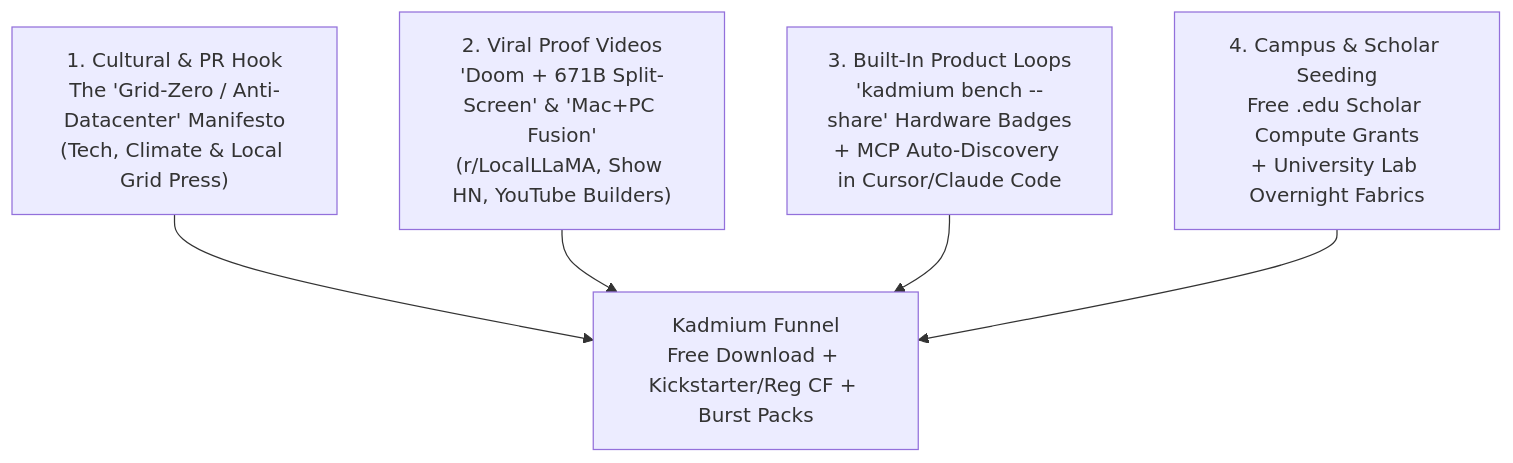
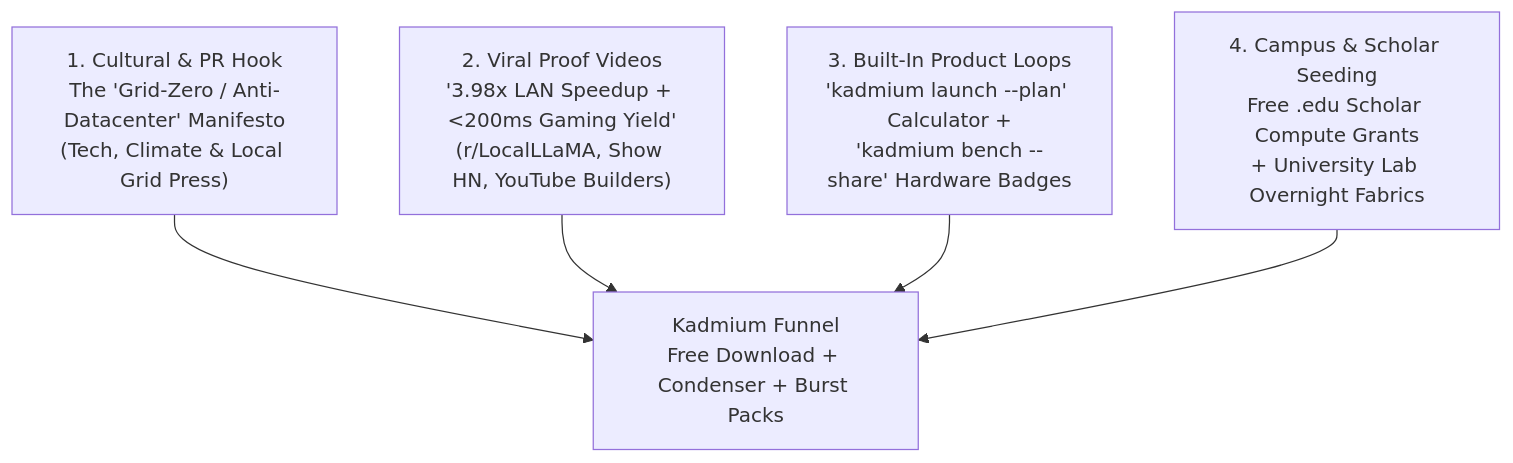
The second of 6 diagrams in docs/MARKET_RESEARCH_AND_LAUNCH_PLAN.md (mESmaC/Kadmium), drawn with Mermaid before and after one commit. The commit also changed other lines of this file and 1 other file, not shown here.

Commit message:
docs: upgrade business & launch plans with Q4 2026 distributed compute research and R4 ledger alignment

````diff
--- a/docs/MARKET_RESEARCH_AND_LAUNCH_PLAN.md
+++ b/docs/MARKET_RESEARCH_AND_LAUNCH_PLAN.md
@@ -360,7 +367,7 @@
 ```mermaid
 flowchart TD
-    A["1. Cultural & PR Hook\nThe 'Grid-Zero / Anti-Datacenter' Manifesto\n(Tech, Climate & Local Grid Press)"] --> E["Kadmium Funnel\nFree Download + Kickstarter/Reg CF + Burst Packs"]
-    B["2. Viral Proof Videos\n'Doom + 671B Split-Screen' & 'Mac+PC Fusion'\n(r/LocalLLaMA, Show HN, YouTube Builders)"] --> E
-    C["3. Built-In Product Loops\n'kadmium bench --share' Hardware Badges\n+ MCP Auto-Discovery in Cursor/Claude Code"] --> E
+    A["1. Cultural & PR Hook\nThe 'Grid-Zero / Anti-Datacenter' Manifesto\n(Tech, Climate & Local Grid Press)"] --> E["Kadmium Funnel\nFree Download + Condenser + Burst Packs"]
+    B["2. Viral Proof Videos\n'3.98x LAN Speedup + <200ms Gaming Yield'\n(r/LocalLLaMA, Show HN, YouTube Builders)"] --> E
+    C["3. Built-In Product Loops\n'kadmium launch --plan' Calculator +\n'kadmium bench --share' Hardware Badges"] --> E
     D["4. Campus & Scholar Seeding\nFree .edu Scholar Compute Grants\n+ University Lab Overnight Fabrics"] --> E
 ```
````
